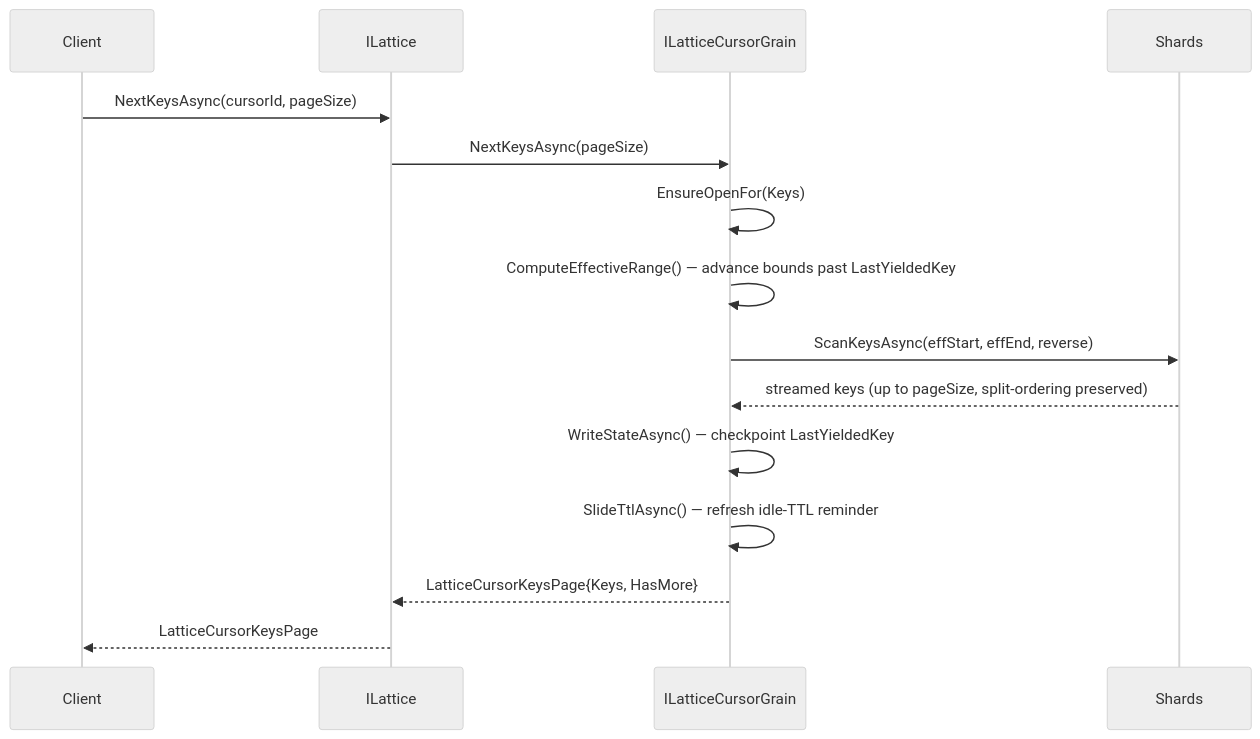
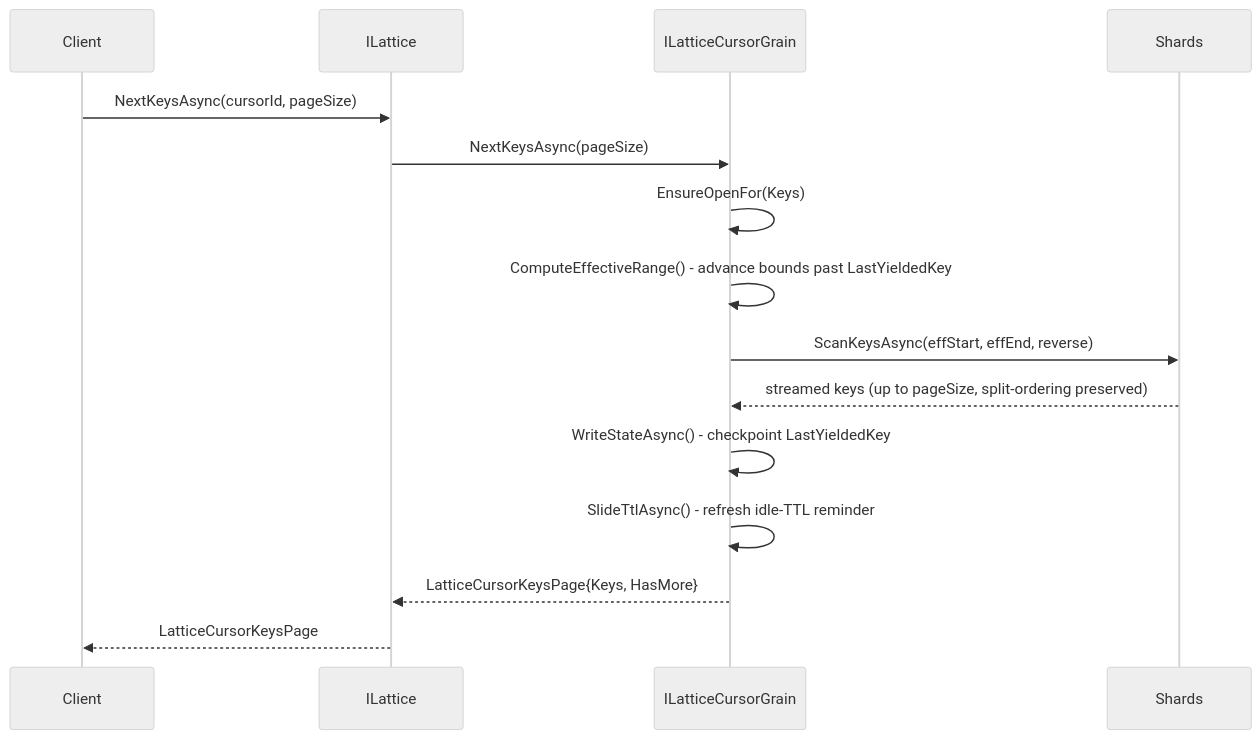
Before and after one commit to NSTA1/Orleans.Lattice: the third of 4 diagrams in docs/lattice/durable-cursors.md, drawn with Mermaid (neutral theme). The commit also changed other lines of this file and 518 other files, not shown here.

````diff
--- a/docs/lattice/durable-cursors.md
+++ b/docs/lattice/durable-cursors.md
@@ -120,18 +120,18 @@
 ```mermaid
 sequenceDiagram
     participant C as Client
     participant L as ILattice
     participant G as ILatticeCursorGrain
     participant S as Shards
 
     C->>L: NextKeysAsync(cursorId, pageSize)
     L->>G: NextKeysAsync(pageSize)
     G->>G: EnsureOpenFor(Keys)
-    G->>G: ComputeEffectiveRange() — advance bounds past LastYieldedKey
+    G->>G: ComputeEffectiveRange() - advance bounds past LastYieldedKey
     G->>S: ScanKeysAsync(effStart, effEnd, reverse)
     S-->>G: streamed keys (up to pageSize, split-ordering preserved)
-    G->>G: WriteStateAsync() — checkpoint LastYieldedKey
-    G->>G: SlideTtlAsync() — refresh idle-TTL reminder
+    G->>G: WriteStateAsync() - checkpoint LastYieldedKey
+    G->>G: SlideTtlAsync() - refresh idle-TTL reminder
     G-->>L: LatticeCursorKeysPage{Keys, HasMore}
     L-->>C: LatticeCursorKeysPage
 ```
````
